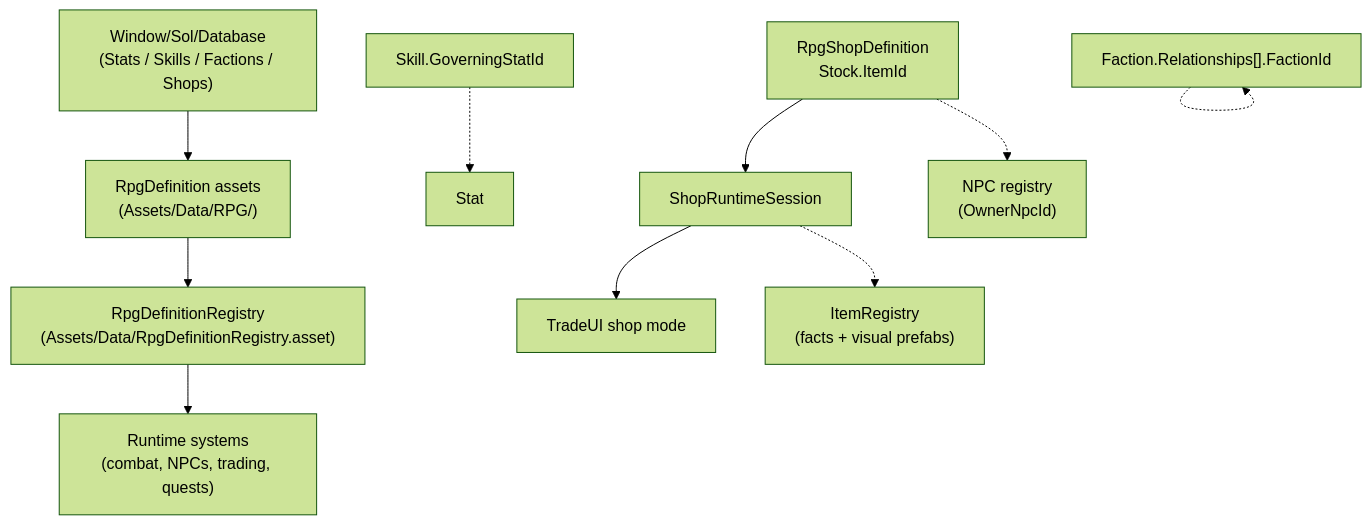
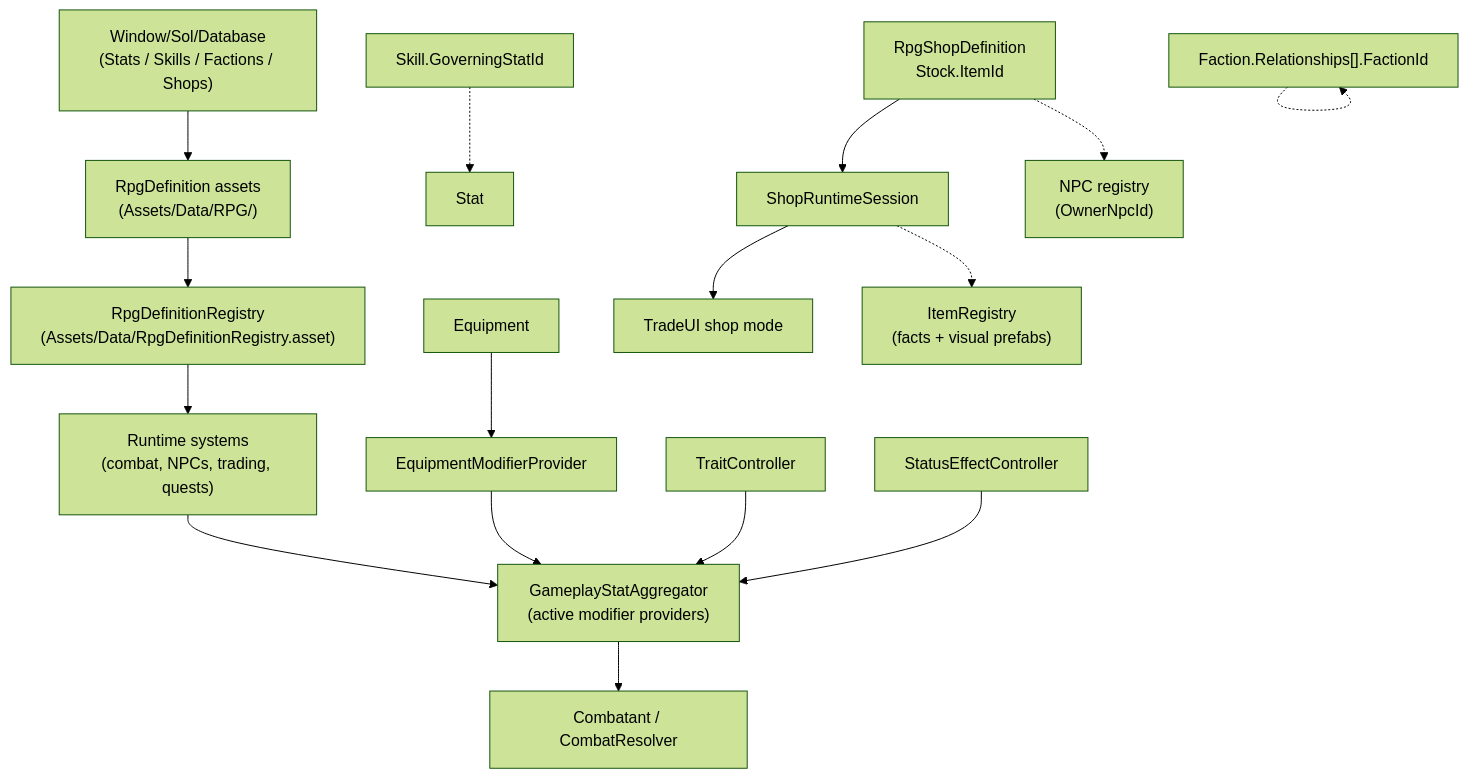
Before and after one commit to SolAuror/FishBox: the diagram in docs/systems/rpg.md, drawn with Mermaid (forest theme). The commit also changed other lines of this file and 242 other files, not shown here.

````diff
--- a/docs/systems/rpg.md
+++ b/docs/systems/rpg.md
@@ -75,12 +133,18 @@
 ```mermaid
 flowchart TD
     Authoring["Window/Sol/Database<br/>(Stats / Skills / Factions / Shops)"] --> Assets["RpgDefinition assets<br/>(Assets/Data/RPG/)"]
     Assets --> Registry["RpgDefinitionRegistry<br/>(Assets/Data/RpgDefinitionRegistry.asset)"]
     Registry --> Runtime["Runtime systems<br/>(combat, NPCs, trading, quests)"]
+    Runtime --> Aggregator["GameplayStatAggregator<br/>(active modifier providers)"]
+    Equipment["Equipment"] --> EquipmentProvider["EquipmentModifierProvider"]
+    EquipmentProvider --> Aggregator
+    Traits["TraitController"] --> Aggregator
+    Status["StatusEffectController"] --> Aggregator
+    Aggregator --> Combat["Combatant / CombatResolver"]
     SkillDef["Skill.GoverningStatId"] -.-> StatDef["Stat"]
     ShopDef["RpgShopDefinition<br/>Stock.ItemId"] --> ShopSession["ShopRuntimeSession"]
     ShopSession --> TradeUI["TradeUI shop mode"]
     ShopSession -.-> ItemRegistry["ItemRegistry<br/>(facts + visual prefabs)"]
     ShopDef -.-> NPCRegistry["NPC registry<br/>(OwnerNpcId)"]
     Faction["Faction.Relationships[].FactionId"] -.-> Faction
 ```
````
